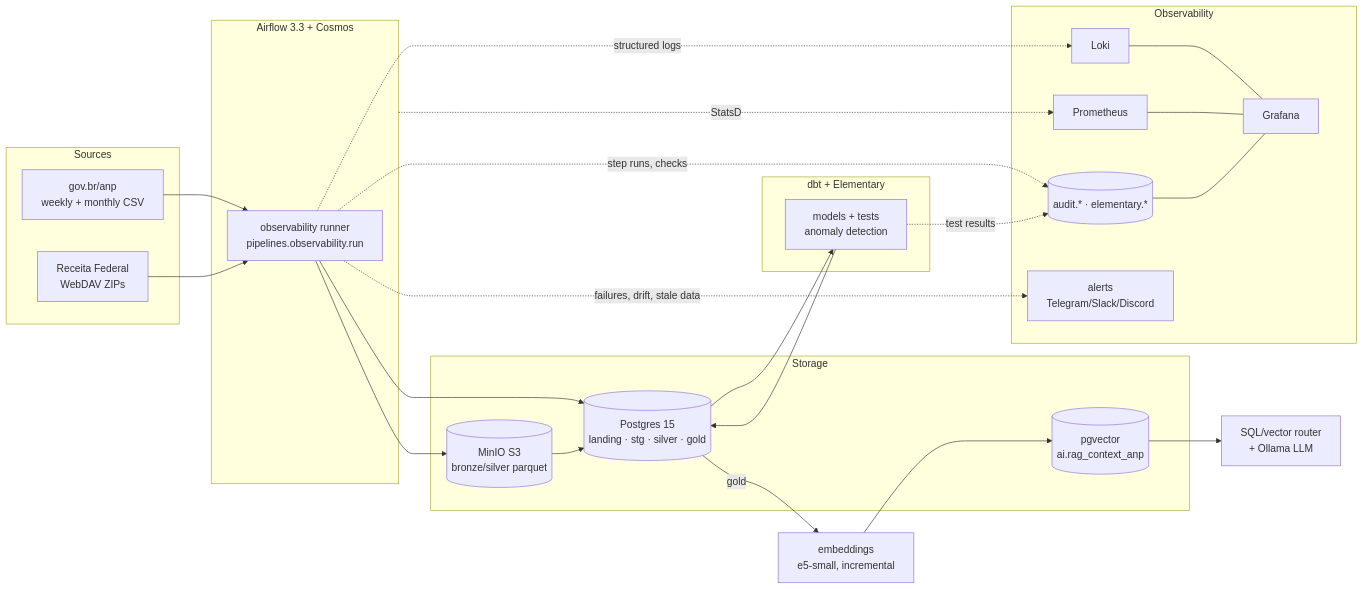
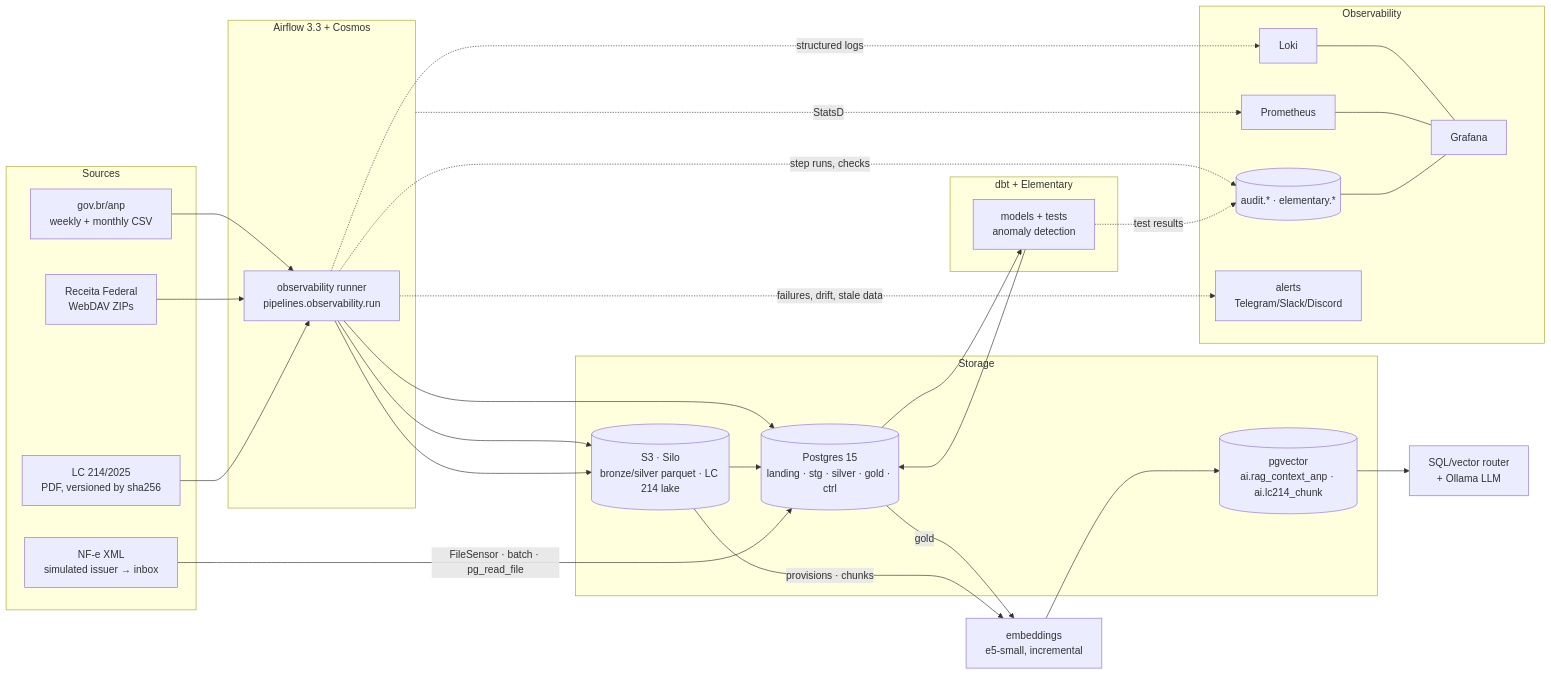
One commit to engrodrigoa/datalabs changed the diagram in README.md. Above: the diagram before and after it, drawn with Mermaid. The commit also changed other lines of this file, not shown here.

````diff
--- a/README.md
+++ b/README.md
@@ -38,39 +38,43 @@
 ```mermaid
 flowchart LR
   subgraph Sources
     ANP[gov.br/anp<br/>weekly + monthly CSV]
     RFB[Receita Federal<br/>WebDAV ZIPs]
+    NFE[NF-e XML<br/>simulated issuer → inbox]
+    LAW[LC 214/2025<br/>PDF, versioned by sha256]
   end
 
   subgraph Orchestration[Airflow 3.3 + Cosmos]
     RUN[observability runner<br/>pipelines.observability.run]
   end
 
   subgraph Storage
-    MINIO[(MinIO S3<br/>bronze/silver parquet)]
-    PG[(Postgres 15<br/>landing · stg · silver · gold)]
-    VEC[(pgvector<br/>ai.rag_context_anp)]
+    MINIO[(S3 · Silo<br/>bronze/silver parquet · LC 214 lake)]
+    PG[(Postgres 15<br/>landing · stg · silver · gold · ctrl)]
+    VEC[(pgvector<br/>ai.rag_context_anp · ai.lc214_chunk)]
   end
 
   subgraph Transform[dbt + Elementary]
     DBT[models + tests<br/>anomaly detection]
   end
 
   ANP --> RUN --> PG
   RFB --> RUN --> MINIO --> PG
+  NFE -- FileSensor · batch · pg_read_file --> PG
   PG --> DBT --> PG
   PG -- gold --> EMB[embeddings<br/>e5-small, incremental] --> VEC --> RAG[SQL/vector router<br/>+ Ollama LLM]
+  LAW --> RUN --> MINIO -- provisions · chunks --> EMB
 
   subgraph Observability
     LOKI[Loki] --- GRAF[Grafana]
     PROM[Prometheus] --- GRAF
     AUD[(audit.* · elementary.*)] --- GRAF
     ALERT[alerts<br/>Telegram/Slack/Discord]
   end
 
   RUN -. structured logs .-> LOKI
   Orchestration -. StatsD .-> PROM
   RUN -. step runs, checks .-> AUD
   DBT -. test results .-> AUD
   RUN -. failures, drift, stale data .-> ALERT
 ```
````
